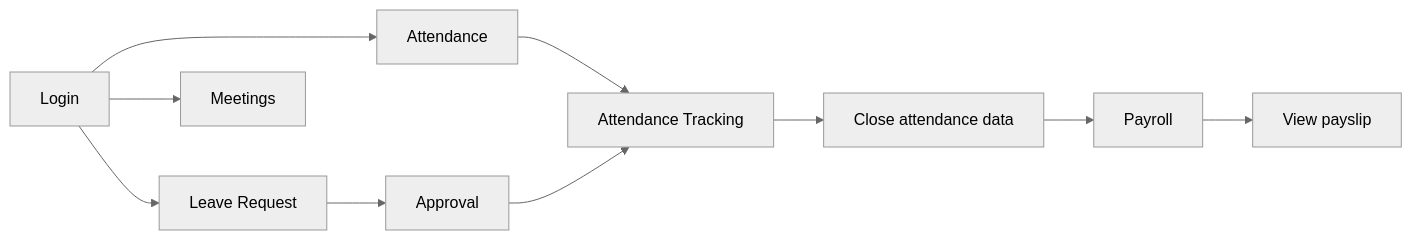
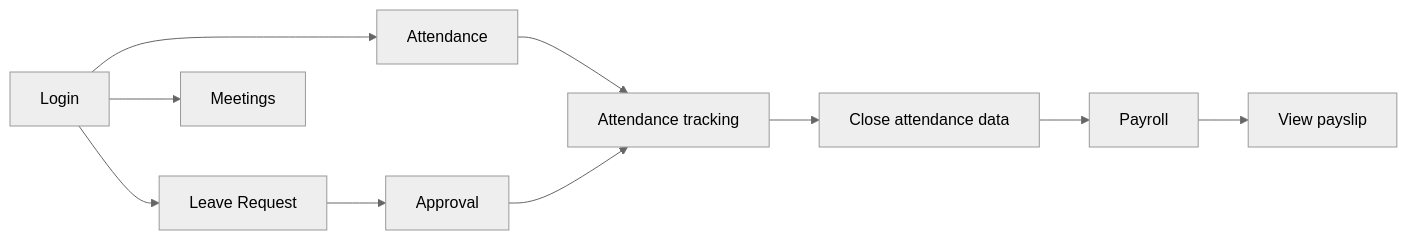
The diagram in README.en.md (tamada-chinhhv/tmv-hrm-docs), drawn with Mermaid (neutral theme) before and after one commit. The commit also changed other lines of this file and 2 other files, not shown here.

Commit message:
Update README files to version 2.3, reflecting changes in attendance and time management terminology, including updates to menu names and instructions. Enhance clarity on permissions related to attendance tracking and document management across English, Japanese, and Vietnamese sections.

````diff
--- a/README.en.md
+++ b/README.en.md
@@ -92,12 +92,12 @@
 ```mermaid
 flowchart LR
   A[Login] --> B[Attendance]
   A --> C[Leave Request]
   C --> D[Approval]
-  B --> E[Attendance Tracking]
+  B --> E[Attendance tracking]
   D --> E
   E --> F[Close attendance data]
   F --> G[Payroll]
   G --> H[View payslip]
   A --> I[Meetings]
 ```
````
